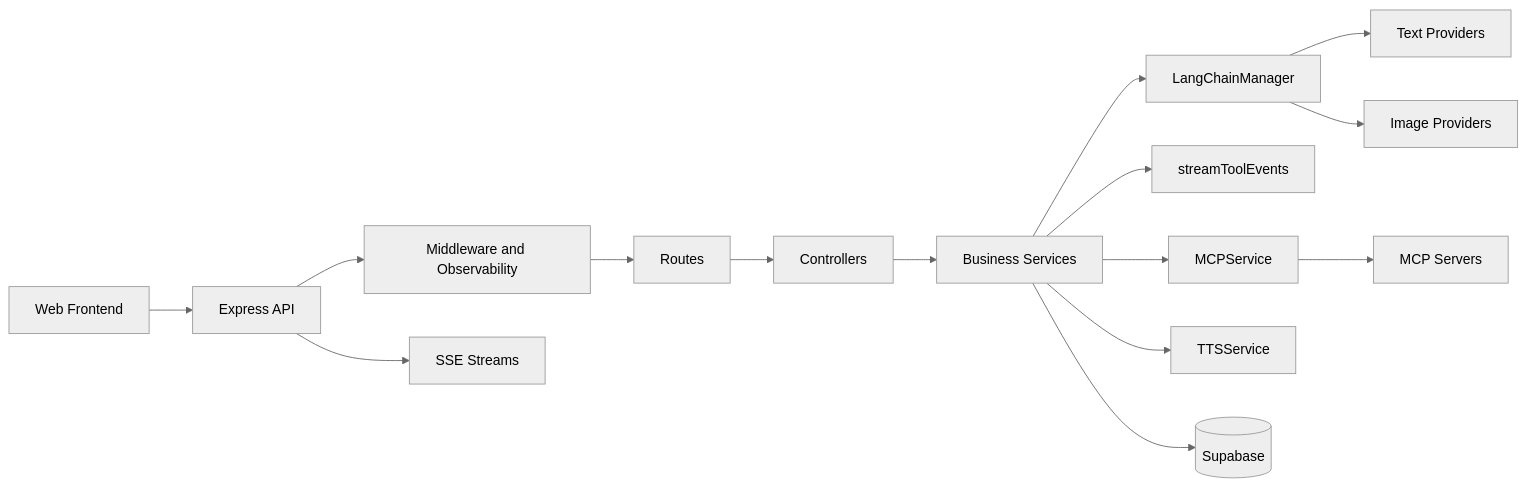
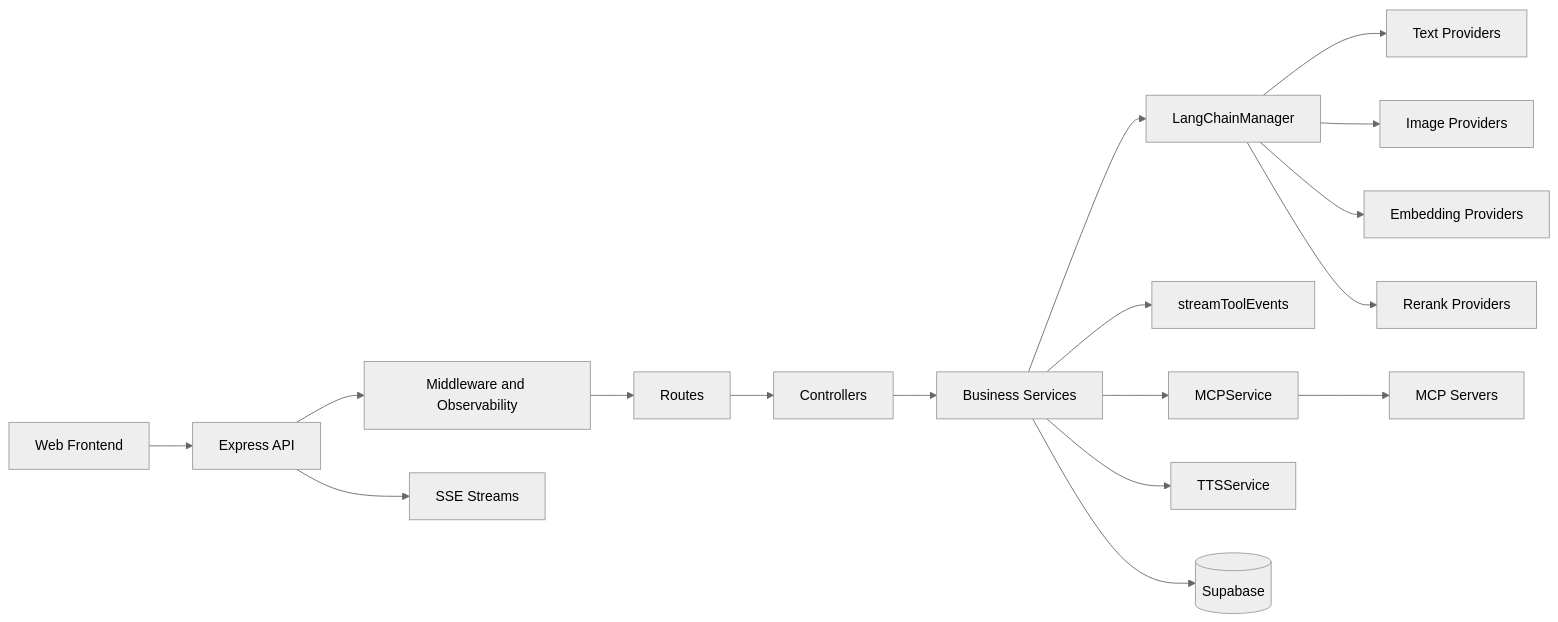
Before and after one commit to chendingya/ai-travel-planner: the first of 4 diagrams in docs/architecture/后端架构文档.md, drawn with Mermaid (neutral theme). The commit also changed other lines of this file and 20 other files, not shown here.

First line of the commit message:
feat: enhance RagService with embedding and rerank adapters, add retry logic for transient errors

````diff
--- a/docs/architecture/后端架构文档.md
+++ b/docs/architecture/后端架构文档.md
@@ -24,21 +24,23 @@
 ```mermaid
 flowchart LR
     U[Web Frontend] --> API[Express API]
 
     API --> MW[Middleware and Observability]
     MW --> RT[Routes]
     RT --> CT[Controllers]
     CT --> SV[Business Services]
 
     SV --> LCM[LangChainManager]
     SV --> STE[streamToolEvents]
     SV --> MCP[MCPService]
     SV --> TTS[TTSService]
     SV --> DB[(Supabase)]
 
     LCM --> TXT[Text Providers]
     LCM --> IMG[Image Providers]
+    LCM --> EMB[Embedding Providers]
+    LCM --> RERANK[Rerank Providers]
     MCP --> MCP_SRV[MCP Servers]
 
     API --> SSE[SSE Streams]
 ```
````
